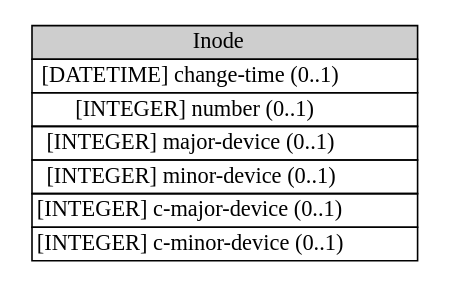
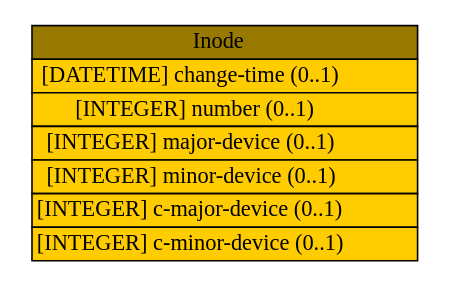
The diagram in idmef/graph/Inode.dot (Moutix/idmef_parser), drawn with Graphviz before and after one commit. The commit also changed 257 other files, not shown here.

Commit message:
Add color in IDMEF graph

```diff
--- a/idmef/graph/Inode.dot
+++ b/idmef/graph/Inode.dot
@@ -1,6 +1,6 @@
 digraph Inode {
 	graph [rankdir=LR];
 	node [label="\N"];
 	graph [bb="0,0,248,148"];
-	Inode [label=<<table BORDER="0" CELLBORDER="1" CELLSPACING="0"> <tr > <td BGCOLOR="#CECECE" HREF="#" TITLE="The Inode class is used to represent the additional information contained in a Unix file system i-node. ">Inode</td> </tr>" %<tr><td HREF="#" TITLE="The time of the last inode change, given by the st_ctime element of &quot;struct stat&quot;.">[DATETIME] change-time (0..1) </td></tr>%<tr><td HREF="#" TITLE="The inode number.">[INTEGER] number (0..1) </td></tr>%<tr><td HREF="#" TITLE="The major device number of the device the file resides on.">[INTEGER] major-device (0..1) </td></tr>%<tr><td HREF="#" TITLE="The minor device number of the device the file resides on.">[INTEGER] minor-device (0..1) </td></tr>%<tr><td HREF="#" TITLE="The major device of the file itself, if it is a character special device.">[INTEGER] c-major-device (0..1) </td></tr>%<tr><td HREF="#" TITLE="The minor device of the file itself, if it is a character special device.">[INTEGER] c-minor-device (0..1) </td></tr>%</table>>, shape=plaintext, pos="124,74", width="3.4444", height="2.0694"];
+	Inode [label=<<table BORDER="0" CELLBORDER="1" CELLSPACING="0"> <tr > <td BGCOLOR="#997a00" HREF="#" TITLE="The Inode class is used to represent the additional information contained in a Unix file system i-node. ">Inode</td> </tr>" %<tr><td BGCOLOR="#FFCC00" HREF="#" TITLE="The time of the last inode change, given by the st_ctime element of &quot;struct stat&quot;.">[DATETIME] change-time (0..1) </td></tr>%<tr><td BGCOLOR="#FFCC00" HREF="#" TITLE="The inode number.">[INTEGER] number (0..1) </td></tr>%<tr><td BGCOLOR="#FFCC00" HREF="#" TITLE="The major device number of the device the file resides on.">[INTEGER] major-device (0..1) </td></tr>%<tr><td BGCOLOR="#FFCC00" HREF="#" TITLE="The minor device number of the device the file resides on.">[INTEGER] minor-device (0..1) </td></tr>%<tr><td BGCOLOR="#FFCC00" HREF="#" TITLE="The major device of the file itself, if it is a character special device.">[INTEGER] c-major-device (0..1) </td></tr>%<tr><td BGCOLOR="#FFCC00" HREF="#" TITLE="The minor device of the file itself, if it is a character special device.">[INTEGER] c-minor-device (0..1) </td></tr>%</table>>, shape=plaintext, pos="124,74", width="3.4444", height="2.0694"];
 }
```
